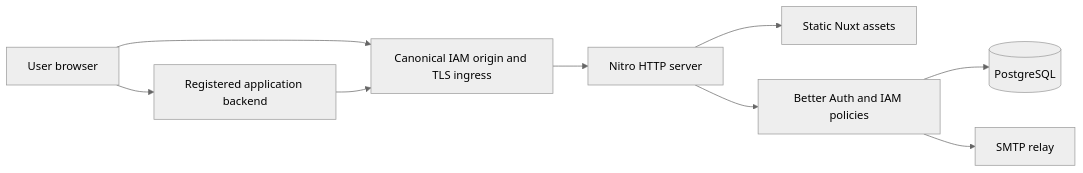
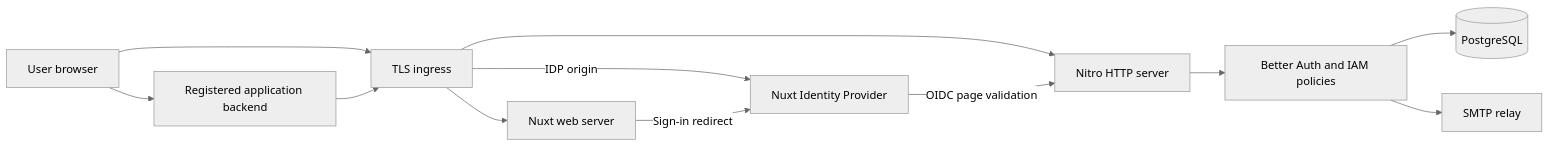
One commit to xcvzmoon/identity-and-access-management changed the diagram in docs/architecture.md. Above: the diagram before and after it, drawn with Mermaid (neutral theme). The commit also changed other lines of this file and 82 other files, not shown here.

First line of the commit message:
feat(iam)!: serve authentication on a dedicated idp origin

````diff
--- a/docs/architecture.md
+++ b/docs/architecture.md
@@ -11,11 +11,14 @@
 ```mermaid
 flowchart LR
-    User[User browser] --> Ingress[Canonical IAM origin and TLS ingress]
+    User[User browser] --> Ingress[TLS ingress]
     App[Registered application backend] --> Ingress
     Ingress --> Nitro[Nitro HTTP server]
-    Nitro --> UI[Static Nuxt assets]
+    Ingress --> UI[Nuxt web server]
+    Ingress -->|IDP origin| IDP[Nuxt Identity Provider]
+    UI -->|Sign-in redirect| IDP
+    IDP -->|OIDC page validation| Nitro
     Nitro --> Auth[Better Auth and IAM policies]
     Auth --> DB[(PostgreSQL)]
     Auth --> Mail[SMTP relay]
     User --> App
 ```
````
